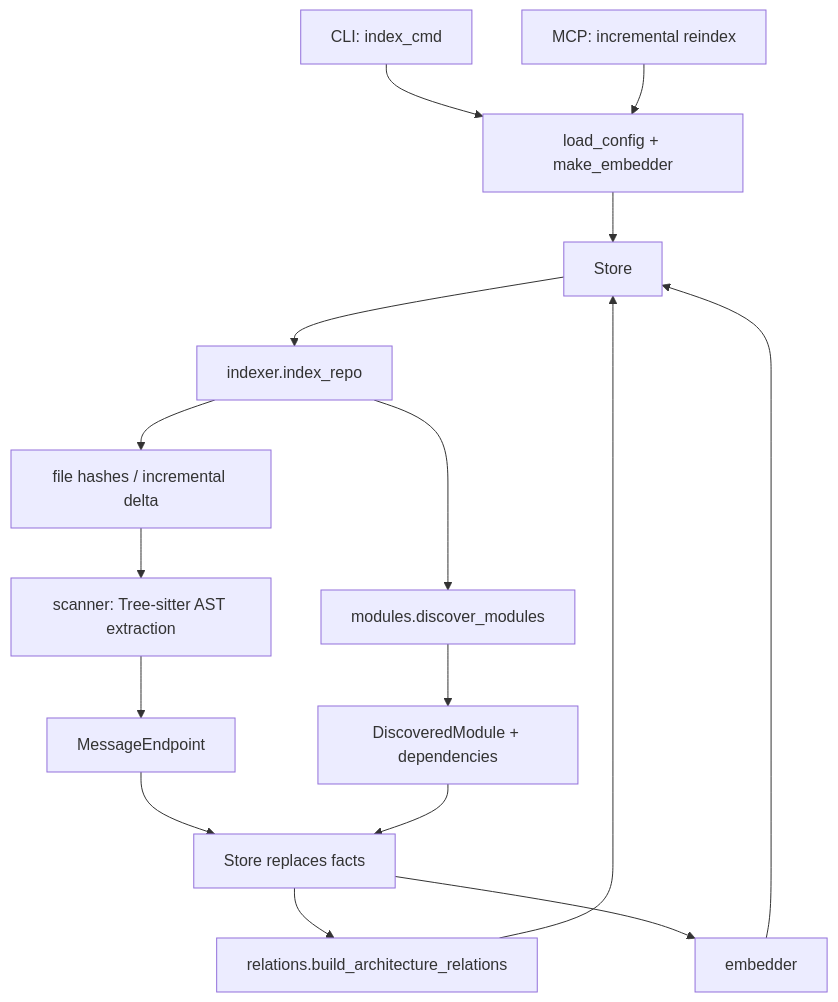
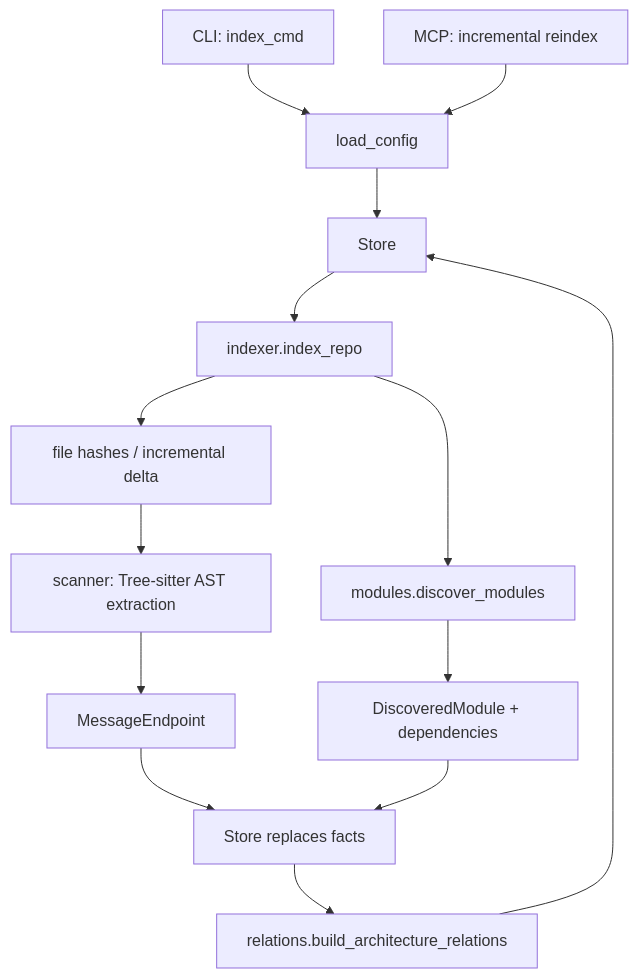
One commit to elkouhen/ccc-radar changed the first of 2 diagrams in docs/ARCHITECTURE.md. Above: the diagram before and after it, drawn with Mermaid. The commit also changed 17 other files, not shown here.

Commit message:
feat: simplify architecture exploration

````diff
--- a/docs/ARCHITECTURE.md
+++ b/docs/ARCHITECTURE.md
@@ -33,18 +33,16 @@
 ```mermaid
 flowchart TD
-    CLI["CLI: index_cmd"] --> Config["load_config + make_embedder"]
+    CLI["CLI: index_cmd"] --> Config["load_config"]
     MCP["MCP: incremental reindex"] --> Config
     Config --> Store["Store"]
     Store --> Indexer["indexer.index_repo"]
     Indexer --> ModuleDiscovery["modules.discover_modules"]
     Indexer --> FileInventory["file hashes / incremental delta"]
     FileInventory --> Scanner["scanner: Tree-sitter AST extraction"]
     Scanner --> Facts["MessageEndpoint"]
     ModuleDiscovery --> ModuleFacts["DiscoveredModule + dependencies"]
     Facts --> Persist["Store replaces facts"]
     ModuleFacts --> Persist
     Persist --> Relations["relations.build_architecture_relations"]
     Relations --> Store
-    Persist --> Embeddings["embedder"]
-    Embeddings --> Store
 ```
````
